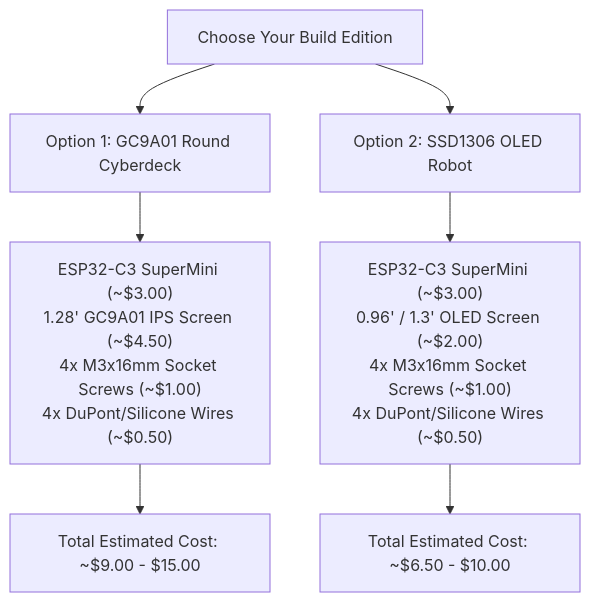
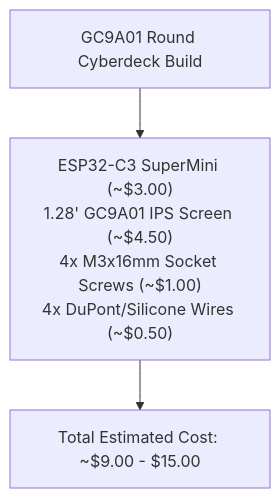
One commit to Kimishiba/Tiny-AI-Limits changed the diagram in bom/README.md. Above: the diagram before and after it, drawn with Mermaid. The commit also changed other lines of this file and 11 other files, not shown here.

First line of the commit message:
refactor: drop the 128x64 OLED variant, round display only

````diff
--- a/bom/README.md
+++ b/bom/README.md
@@ -13,11 +13,5 @@
 ```mermaid
 graph TD
-    A["Choose Your Build Edition"] --> B["Option 1: GC9A01 Round Cyberdeck"]
-    A --> C["Option 2: SSD1306 OLED Robot"]
-    
-    B --> D["ESP32-C3 SuperMini (~$3.00)<br>1.28' GC9A01 IPS Screen (~$4.50)<br>4x M3x16mm Socket Screws (~$1.00)<br>4x DuPont/Silicone Wires (~$0.50)"]
-    C --> E["ESP32-C3 SuperMini (~$3.00)<br>0.96' / 1.3' OLED Screen (~$2.00)<br>4x M3x16mm Socket Screws (~$1.00)<br>4x DuPont/Silicone Wires (~$0.50)"]
-    
-    D --> F["Total Estimated Cost: ~$9.00 - $15.00"]
-    E --> G["Total Estimated Cost: ~$6.50 - $10.00"]
+    A["GC9A01 Round Cyberdeck Build"] --> B["ESP32-C3 SuperMini (~$3.00)<br>1.28' GC9A01 IPS Screen (~$4.50)<br>4x M3x16mm Socket Screws (~$1.00)<br>4x DuPont/Silicone Wires (~$0.50)"]
+    B --> C["Total Estimated Cost: ~$9.00 - $15.00"]
 ```
````
